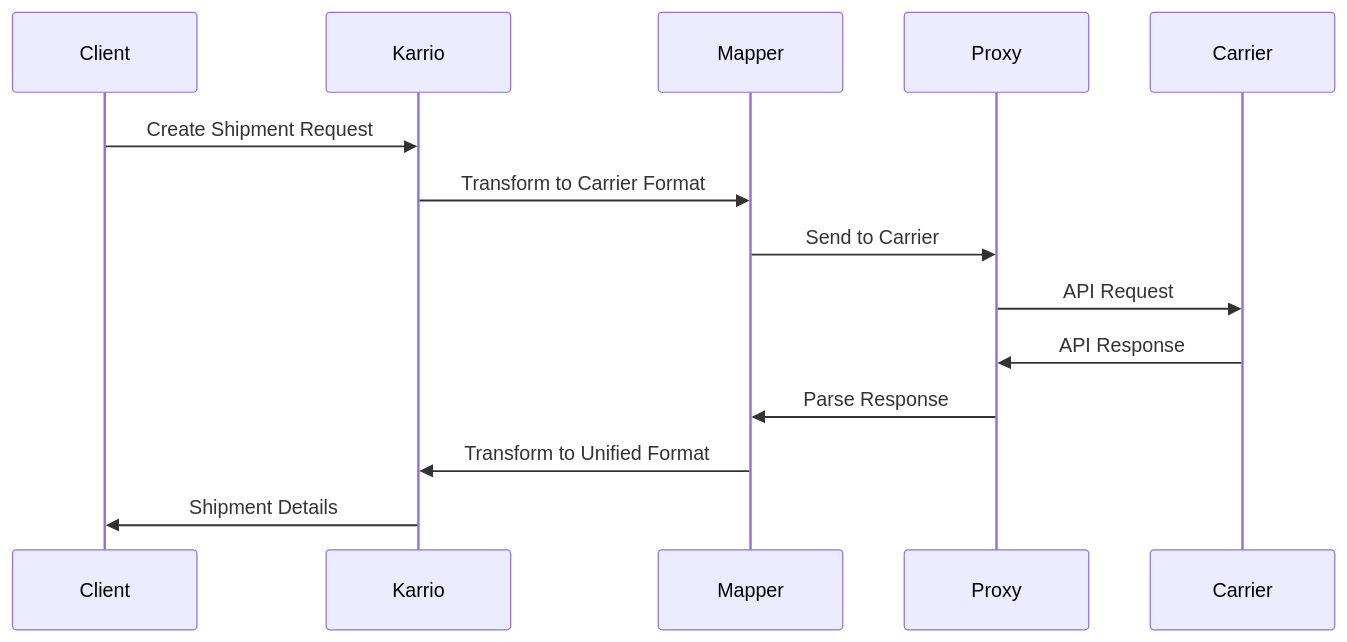
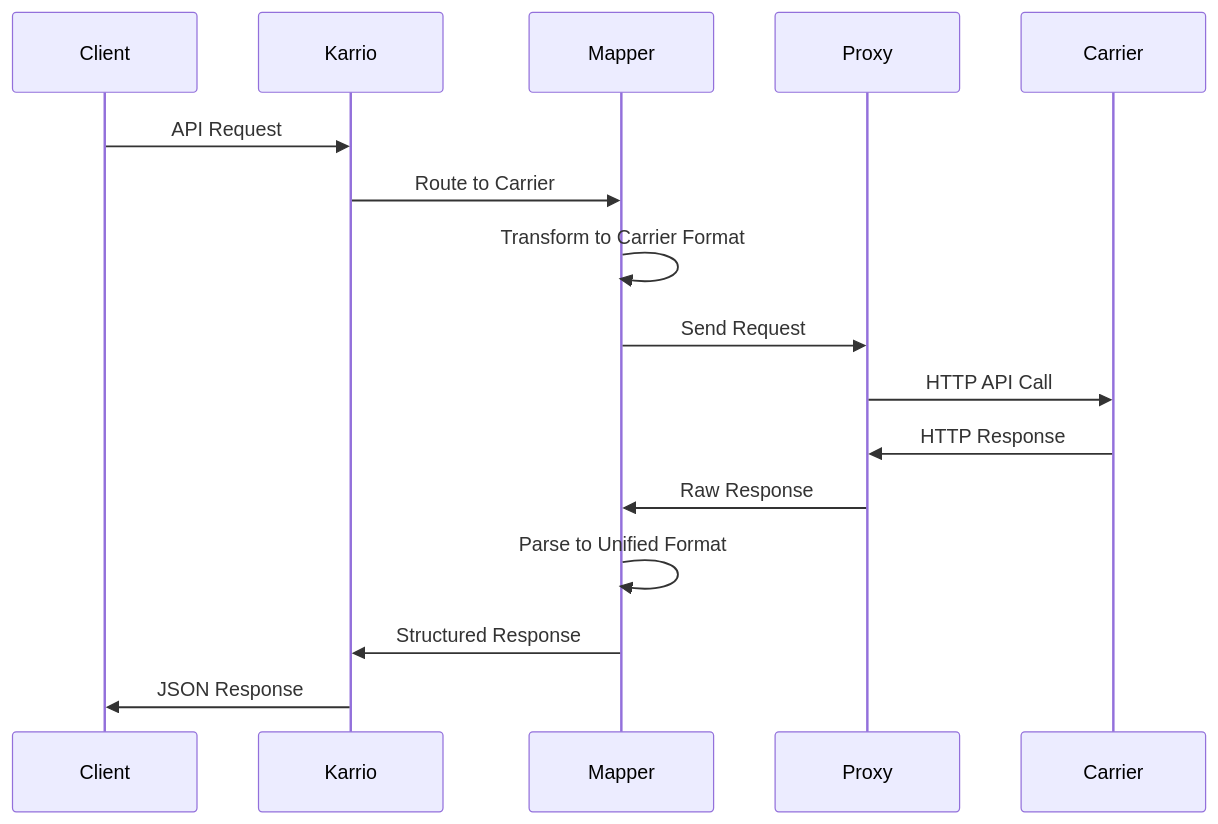
One commit to karrioapi/karrio changed the second of 2 diagrams in apps/web/src/app/docs/developing/carrier-integration/page.mdx. Above: the diagram before and after it, drawn with Mermaid. The commit also changed other lines of this file and 31 other files, not shown here.

````diff
--- a/apps/web/src/app/docs/developing/carrier-integration/page.mdx
+++ b/apps/web/src/app/docs/developing/carrier-integration/page.mdx
@@ -106,17 +255,19 @@
 ```mermaid
 sequenceDiagram
     participant Client
     participant Karrio
     participant Mapper
     participant Proxy
     participant Carrier
 
-    Client->>Karrio: Create Shipment Request
-    Karrio->>Mapper: Transform to Carrier Format
-    Mapper->>Proxy: Send to Carrier
-    Proxy->>Carrier: API Request
-    Carrier->>Proxy: API Response
-    Proxy->>Mapper: Parse Response
-    Mapper->>Karrio: Transform to Unified Format
-    Karrio->>Client: Shipment Details
+    Client->>Karrio: API Request
+    Karrio->>Mapper: Route to Carrier
+    Mapper->>Mapper: Transform to Carrier Format
+    Mapper->>Proxy: Send Request
+    Proxy->>Carrier: HTTP API Call
+    Carrier->>Proxy: HTTP Response
+    Proxy->>Mapper: Raw Response
+    Mapper->>Mapper: Parse to Unified Format
+    Mapper->>Karrio: Structured Response
+    Karrio->>Client: JSON Response
 ```
````
